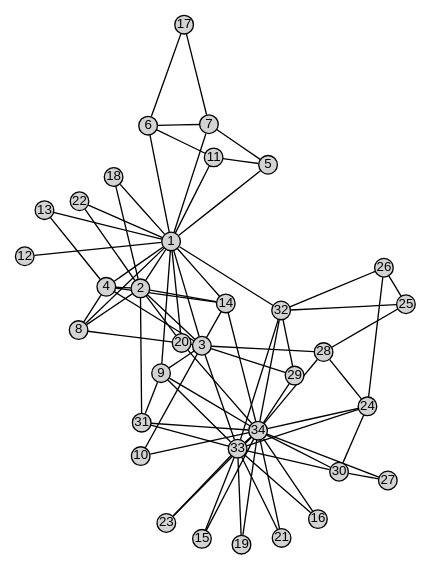
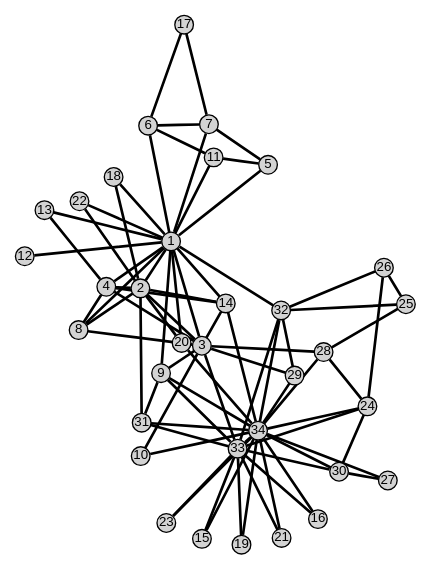
One commit to liamfotheringham/MSc-Project changed the diagram in Neato/ZKCNeato.gv. Above: the diagram before and after it, drawn with Graphviz. The commit also changed 7 other files, not shown here.

Commit message:
Changes to neato graphs

```diff
--- a/Neato/ZKCNeato.gv
+++ b/Neato/ZKCNeato.gv
@@ -1,198 +1,198 @@
 graph G {
         graph [
                 outputorder=edgesfirst,
 		layout=neato,
                 splines=line
         ];
 
         node [fontname=Arial,
                 label="\N",
                 style=filled,
                 shape=circle,
                 fontsize=10,
                 fixedsize=true
         ];
 
-        edge [arrowhead=none, penwidth=1];
+        edge [arrowhead=none, penwidth=2];
 
         2       [height=0.20,
                 pos="113.93,209.83",
                 width=0.05];
         1       [height=0.20,
                 pos="136.96,245.67",
                 width=0.05];
         3       [height=0.20,
                 pos="160.01,167.62",
                 width=0.05];
         4       [height=0.20,
                 pos="88.708,212.7",
                 width=0.05];
         5       [height=0.20,
                 pos="209.72,303.28",
                 width=0.05];
         6       [height=0.20,
                 pos="119.57,332.59",
                 width=0.05];
         7       [height=0.20,
                 pos="165.17,333.7",
                 width=0.05];
         8       [height=0.20,
                 pos="67.502,179.43",
                 width=0.05];
         9       [height=0.20,
                 pos="128.86,146.81",
                 width=0.05];
         10      [height=0.20,
                 pos="112.98,84.766",
                 width=0.05];
         11      [height=0.20,
                 pos="168.95,308.86",
                 width=0.05];
         12      [height=0.20,
                 pos="27,234.32",
                 width=0.05];
         13      [height=0.20,
                 pos="41.767,269.46",
                 width=0.05];
         14      [height=0.20,
                 pos="178.13,199.21",
                 width=0.05];
         17      [height=0.20,
                 pos="146.46,408.46",
                 width=0.05];
         18      [height=0.20,
                 pos="93.839,293.88",
                 width=0.05];
         20      [height=0.20,
                 pos="144.57,168.72",
                 width=0.05];
         22      [height=0.20,
                 pos="68.147,275.54",
                 width=0.05];
         26      [height=0.20,
                 pos="296.74,225.95",
                 width=0.05];
         24      [height=0.20,
                 pos="284.35,121.83",
                 width=0.05];
         25      [height=0.20,
                 pos="313.27,198.58",
                 width=0.05];
         28      [height=0.20,
                 pos="251.45,162.67",
                 width=0.05];
         29      [height=0.20,
                 pos="229.66,145.07",
                 width=0.05];
         30      [height=0.20,
                 pos="263.06,72.616",
                 width=0.05];
         27      [height=0.20,
                 pos="299.74,66.425",
                 width=0.05];
         31      [height=0.20,
                 pos="116.32,109.32",
                 width=0.05];
         32      [height=0.20,
                 pos="219.56,193.88",
                 width=0.05];
         33      [height=0.20,
                 pos="187.07,90.044",
                 width=0.05];
         15      [height=0.20,
                 pos="160.05,22.445",
                 width=0.05];
         16      [height=0.20,
                 pos="247.19,37.117",
                 width=0.05];
         19      [height=0.20,
                 pos="189.73,18",
                 width=0.05];
         21      [height=0.20,
                 pos="219.85,23.015",
                 width=0.05];
         23      [height=0.20,
                 pos="133.37,34.374",
                 width=0.05];
         34      [height=0.20,
                 pos="202.28,103.62",
                 width=0.05];
         2 -- 1
         3 -- 2  
         3 -- 1
         4 -- 2  
         4 -- 1  
         4 -- 3 
         5 -- 1  
         6 -- 1  
         7 -- 1  
         7 -- 5  
         7 -- 6  
         8 -- 2  
         8 -- 1  
         8 -- 3  
         8 -- 4  
         9 -- 1 
         9 -- 3 
         10 -- 3 
         11 -- 1
         11 -- 5
         11 -- 6 
         12 -- 1 
         13 -- 1 
         13 -- 4 
         17 -- 6 
         17 -- 7 
         18 -- 2
         18 -- 1
         14 -- 2 
         14 -- 1 
         14 -- 3 
         14 -- 4 
         20 -- 2
         20 -- 1 
         22 -- 2 
         22 -- 1 
         26 -- 24       
         26 -- 25        
         28 -- 3
         28 -- 24       
         28 -- 25        
         29 -- 3 
         30 -- 24      
         30 -- 27        
         31 -- 2 
         31 -- 9
         32 -- 1 
         32 -- 26     
         32 -- 25       
         32 -- 29      
         33 -- 3 
         33 -- 9 
         33 -- 24        
         33 -- 30      
         33 -- 31     
         33 -- 32        
         33 -- 15       
         33 -- 16       
         33 -- 19       
         33 -- 21    
         33 -- 23      
         34 -- 9 
         34 -- 10       
         34 -- 14      
         34 -- 20       
         34 -- 24    
         34 -- 28      
         34 -- 29    
         34 -- 30      
         34 -- 27      
         34 -- 31       
         34 -- 32      
         34 -- 33      
         34 -- 15     
         34 -- 16       
         34 -- 19      
         34 -- 21       
         34 -- 23
 }
```
